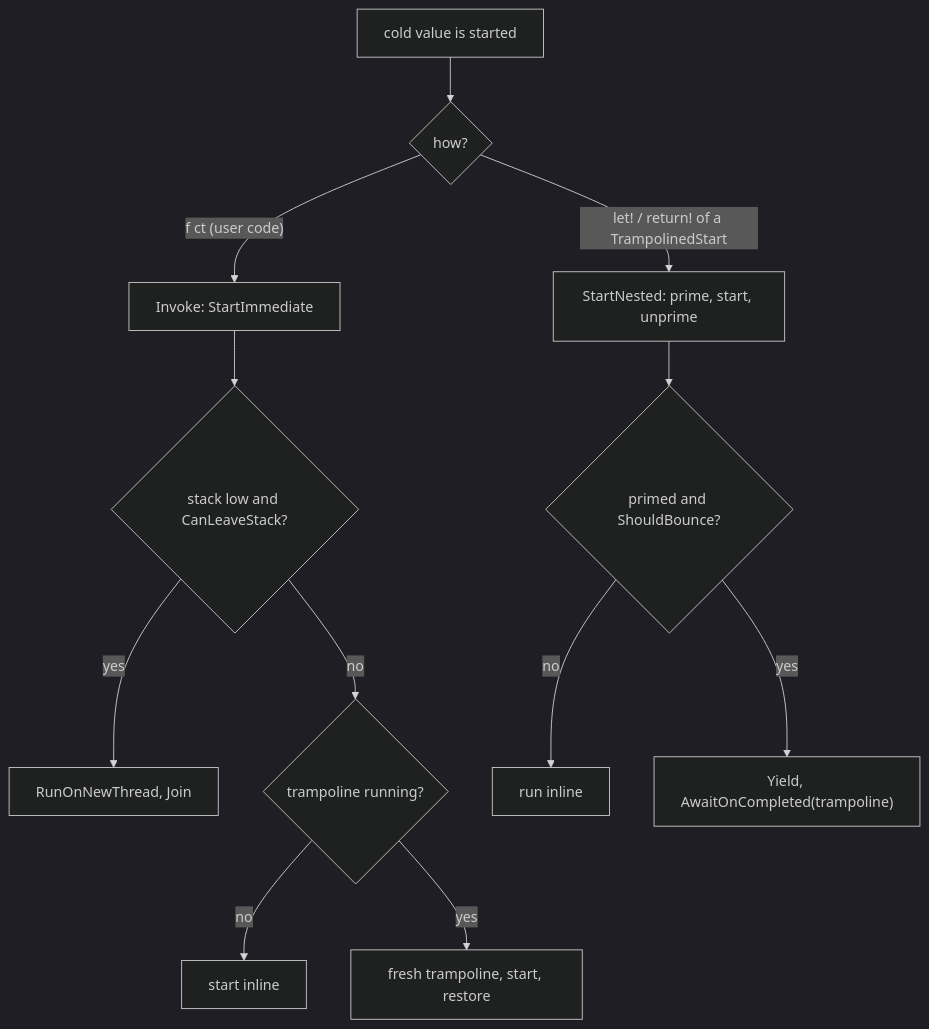
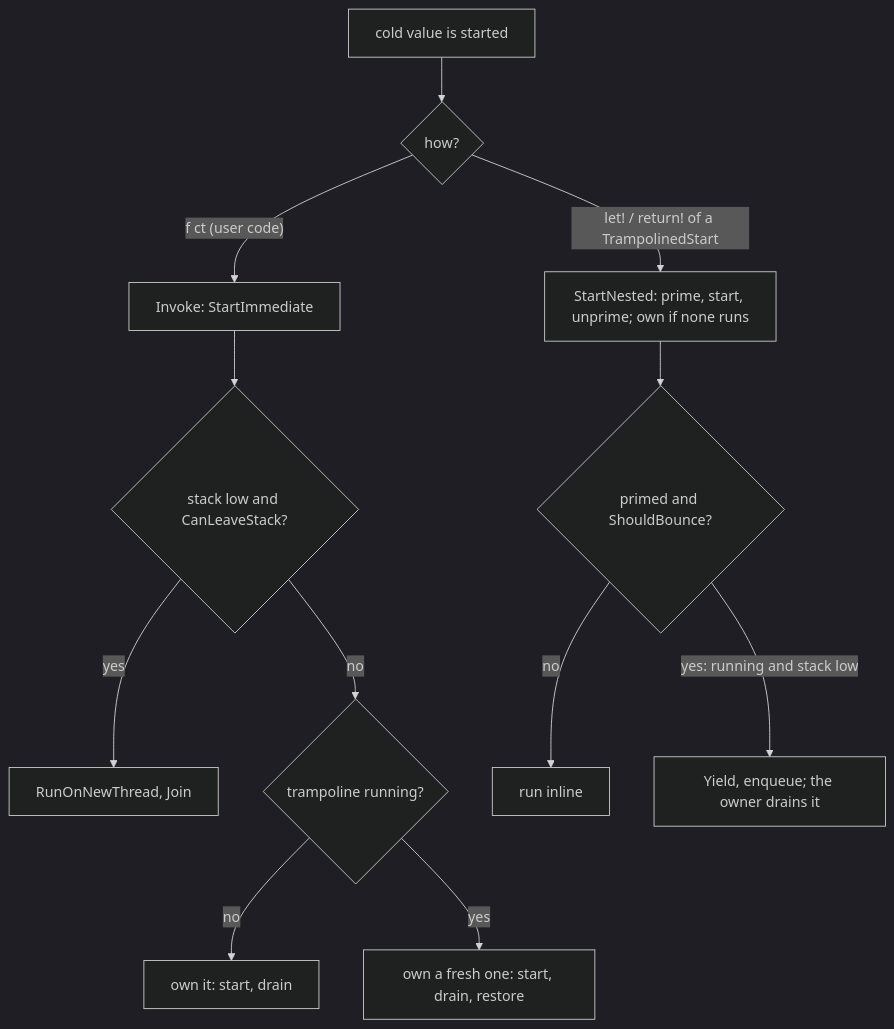
Before and after one commit to TheAngryByrd/IcedTasks: the diagram in lode/plans/recursion-and-tail-calls.md, drawn with Mermaid (dark theme). The commit also changed other lines of this file and 8 other files, not shown here.

First line of the commit message:
Drain bounced work with a queue, bounce on low stack, isolate foreign resumptions

````diff
--- a/lode/plans/recursion-and-tail-calls.md
+++ b/lode/plans/recursion-and-tail-calls.md
@@ -44,14 +59,14 @@
 ```mermaid
 flowchart TD
     call["cold value is started"] --> kind{"how?"}
     kind -->|"f ct (user code)"| imm["Invoke: StartImmediate"]
-    kind -->|"let! / return! of a TrampolinedStart"| nested["StartNested: prime, start, unprime"]
+    kind -->|"let! / return! of a TrampolinedStart"| nested["StartNested: prime, start, unprime; own if none runs"]
     imm --> low{"stack low and CanLeaveStack?"}
     low -->|yes| hop["RunOnNewThread, Join"]
     low -->|no| own{"trampoline running?"}
-    own -->|no| run["start inline"]
-    own -->|yes| iso["fresh trampoline, start, restore"]
+    own -->|no| run["own it: start, drain"]
+    own -->|yes| iso["own a fresh one: start, drain, restore"]
     nested --> b{"primed and ShouldBounce?"}
     b -->|no| inline["run inline"]
-    b -->|yes| bounce["Yield, AwaitOnCompleted(trampoline)"]
+    b -->|"yes: running and stack low"| bounce["Yield, enqueue; the owner drains it"]
 ```
````
